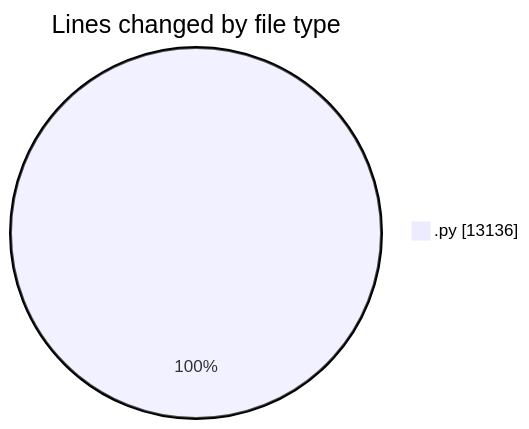
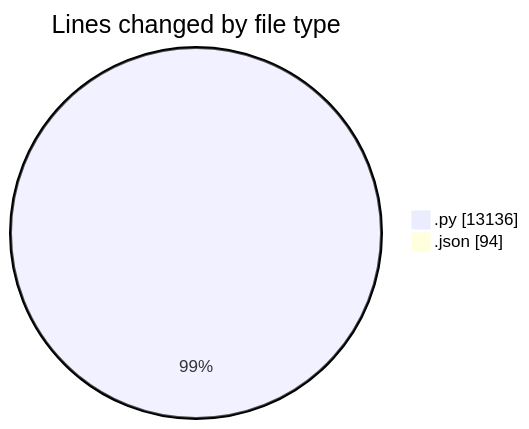
Before and after one commit to jrari/code-tracking: the first of 2 diagrams in 2025-07-14/telebot/README.md, drawn with Mermaid. The commit also changed other lines of this file and 1 other file, not shown here.

````diff
--- a/2025-07-14/telebot/README.md
+++ b/2025-07-14/telebot/README.md
@@ -37,5 +38,6 @@
 ```mermaid
 pie showData
 title Lines changed by file type
 ".py" : 13136
+".json" : 94
 ```
````
